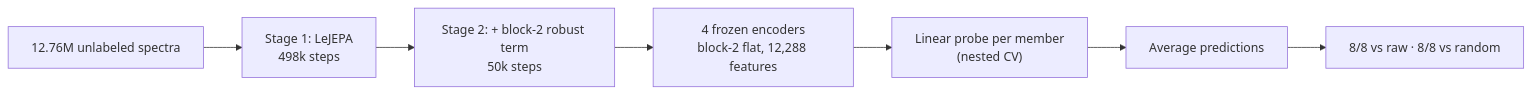
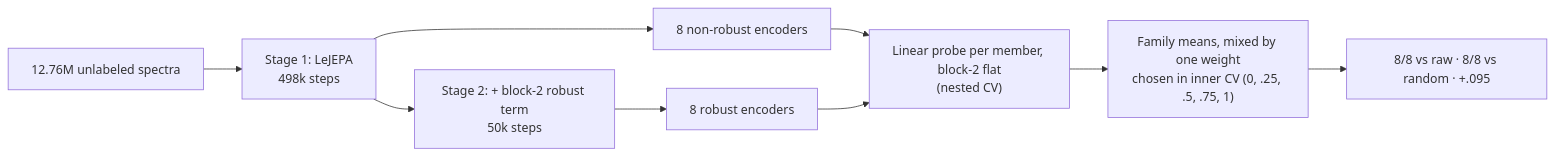
One commit to h-cohen/SpectralFM-jepa changed the first of 8 diagrams in docs/TRAINING_REPORT.md. Above: the diagram before and after it, drawn with Mermaid. The commit also changed other lines of this file and 2 other files, not shown here.

First line of the commit message:
report: family-mix ensemble is the candidate (section 1, Appendix D); CLAUDE.md current state

````diff
--- a/docs/TRAINING_REPORT.md
+++ b/docs/TRAINING_REPORT.md
@@ -20,9 +33,11 @@
 ```mermaid
 flowchart LR
     A["12.76M unlabeled spectra"] --> B["Stage 1: LeJEPA<br/>498k steps"]
+    B --> NR["8 non-robust encoders"]
     B --> C["Stage 2: + block-2 robust term<br/>50k steps"]
-    C --> D["4 frozen encoders<br/>block-2 flat, 12,288 features"]
-    D --> E["Linear probe per member<br/>(nested CV)"]
-    E --> F["Average predictions"]
-    F --> G["8/8 vs raw · 8/8 vs random"]
+    C --> R["8 robust encoders"]
+    NR --> P["Linear probe per member, block-2 flat<br/>(nested CV)"]
+    R --> P
+    P --> M["Family means, mixed by one weight<br/>chosen in inner CV (0, .25, .5, .75, 1)"]
+    M --> G["8/8 vs raw · 8/8 vs random · +.095"]
 ```
````
